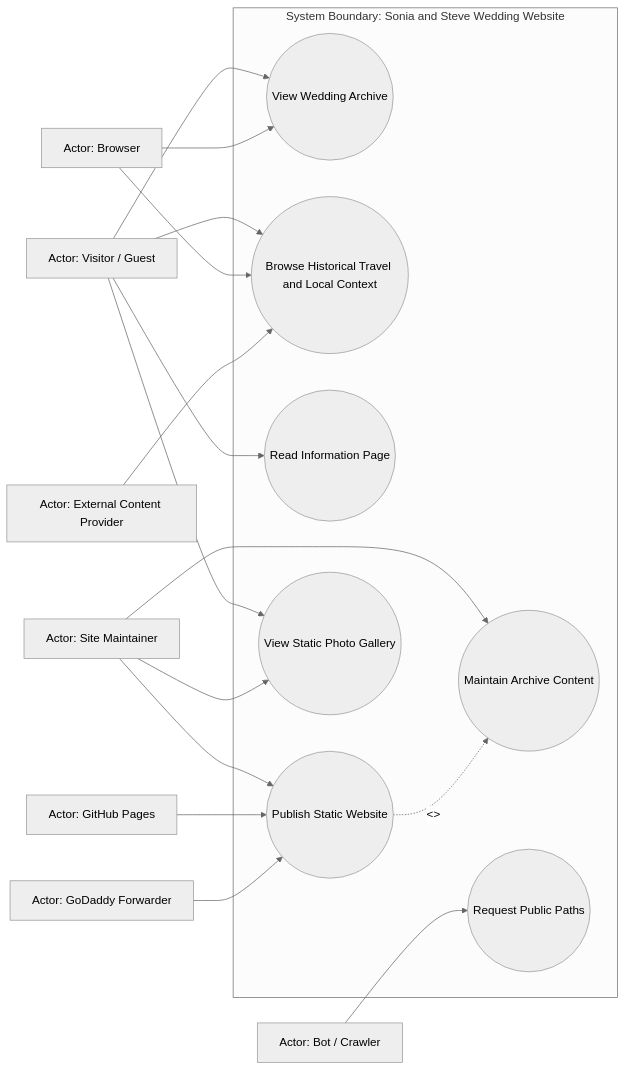
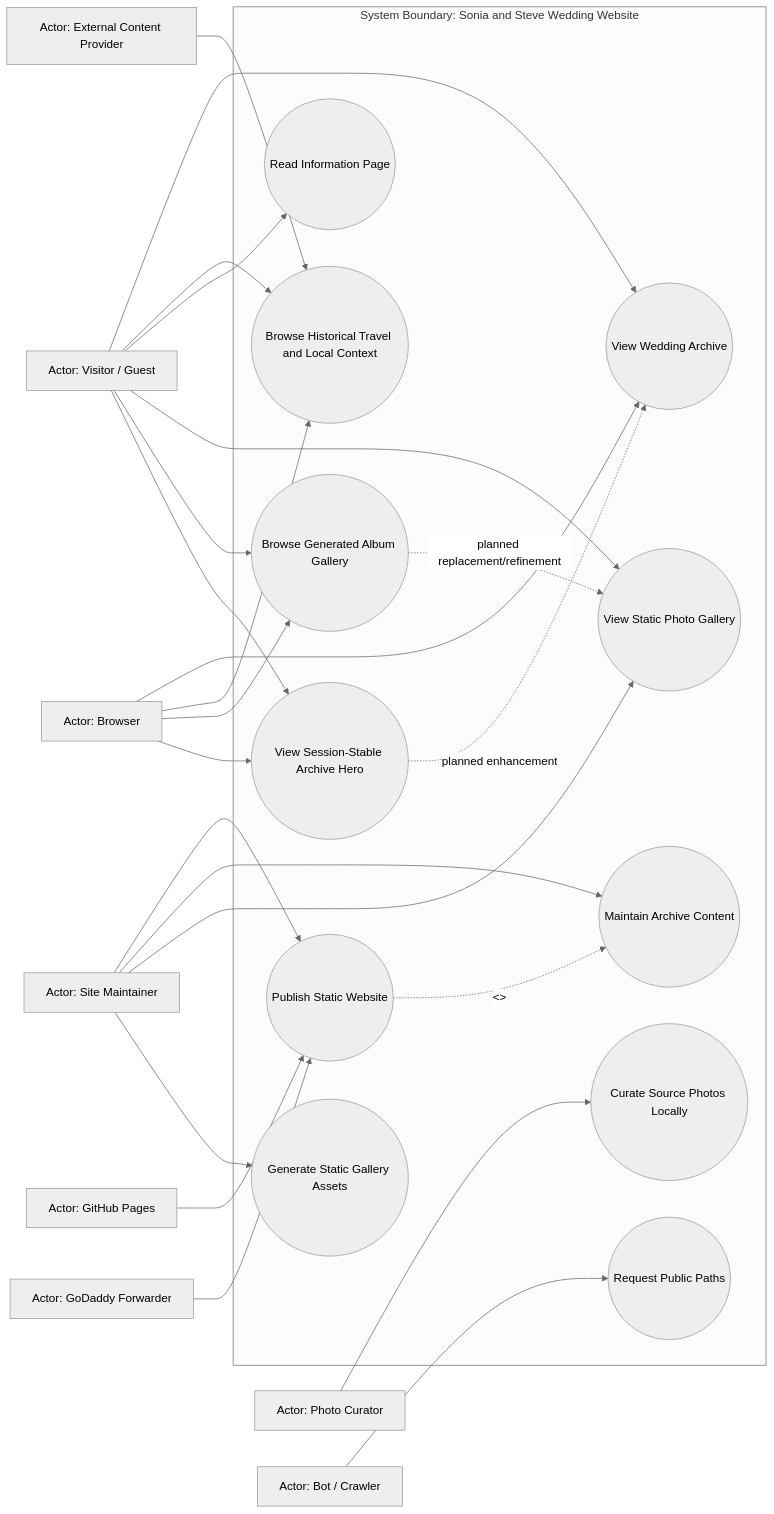
One commit to skeller01/wedding-website changed the second of 4 diagrams in documentation/requirements/current-state-design.md. Above: the diagram before and after it, drawn with Mermaid (neutral theme). The commit also changed other lines of this file and 95 other files, not shown here.

Commit message:
refreshed gallery, added local photo pipeline and generated ph public assets

````diff
--- a/documentation/requirements/current-state-design.md
+++ b/documentation/requirements/current-state-design.md
@@ -167,36 +191,49 @@
 ```mermaid
 flowchart LR
   Guest[Actor: Visitor / Guest]
   Maintainer[Actor: Site Maintainer]
+  Curator[Actor: Photo Curator]
   Browser[Actor: Browser]
   Pages[Actor: GitHub Pages]
   GoDaddy[Actor: GoDaddy Forwarder]
   Provider[Actor: External Content Provider]
   Bot[Actor: Bot / Crawler]
 
   subgraph System["System Boundary: Sonia and Steve Wedding Website"]
     UC1((View Wedding Archive))
     UC2((Browse Historical Travel and Local Context))
     UC3((Read Information Page))
     UC4((Publish Static Website))
     UC5((Maintain Archive Content))
     UC6((View Static Photo Gallery))
     UC7((Request Public Paths))
+    UC8((Curate Source Photos Locally))
+    UC9((Generate Static Gallery Assets))
+    UC10((Browse Generated Album Gallery))
+    UC11((View Session-Stable Archive Hero))
   end
 
   Guest --> UC1
   Guest --> UC2
   Guest --> UC3
   Guest --> UC6
+  Guest --> UC10
+  Guest --> UC11
   Browser --> UC1
   Browser --> UC2
+  Browser --> UC10
+  Browser --> UC11
   Provider --> UC2
   Maintainer --> UC4
   Maintainer --> UC5
   Maintainer --> UC6
+  Maintainer --> UC9
+  Curator --> UC8
   Pages --> UC4
   GoDaddy --> UC4
   Bot --> UC7
 
   UC4 -. "<<include>>" .-> UC5
+  UC10 -. "planned replacement/refinement" .-> UC6
+  UC11 -. "planned enhancement" .-> UC1
 ```
````
